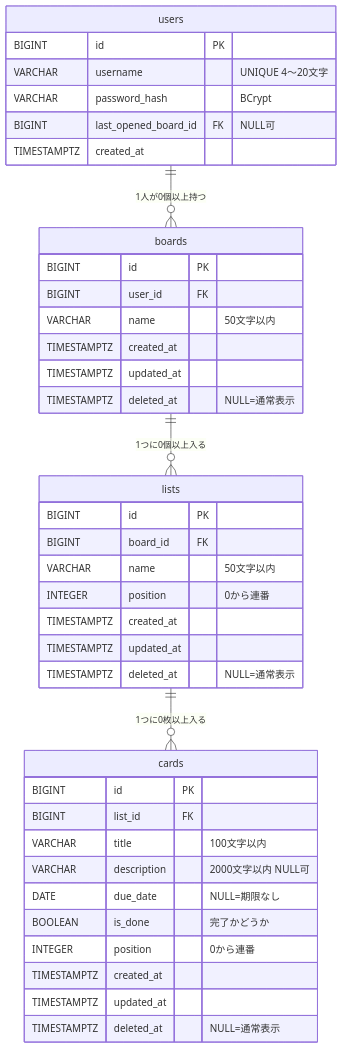
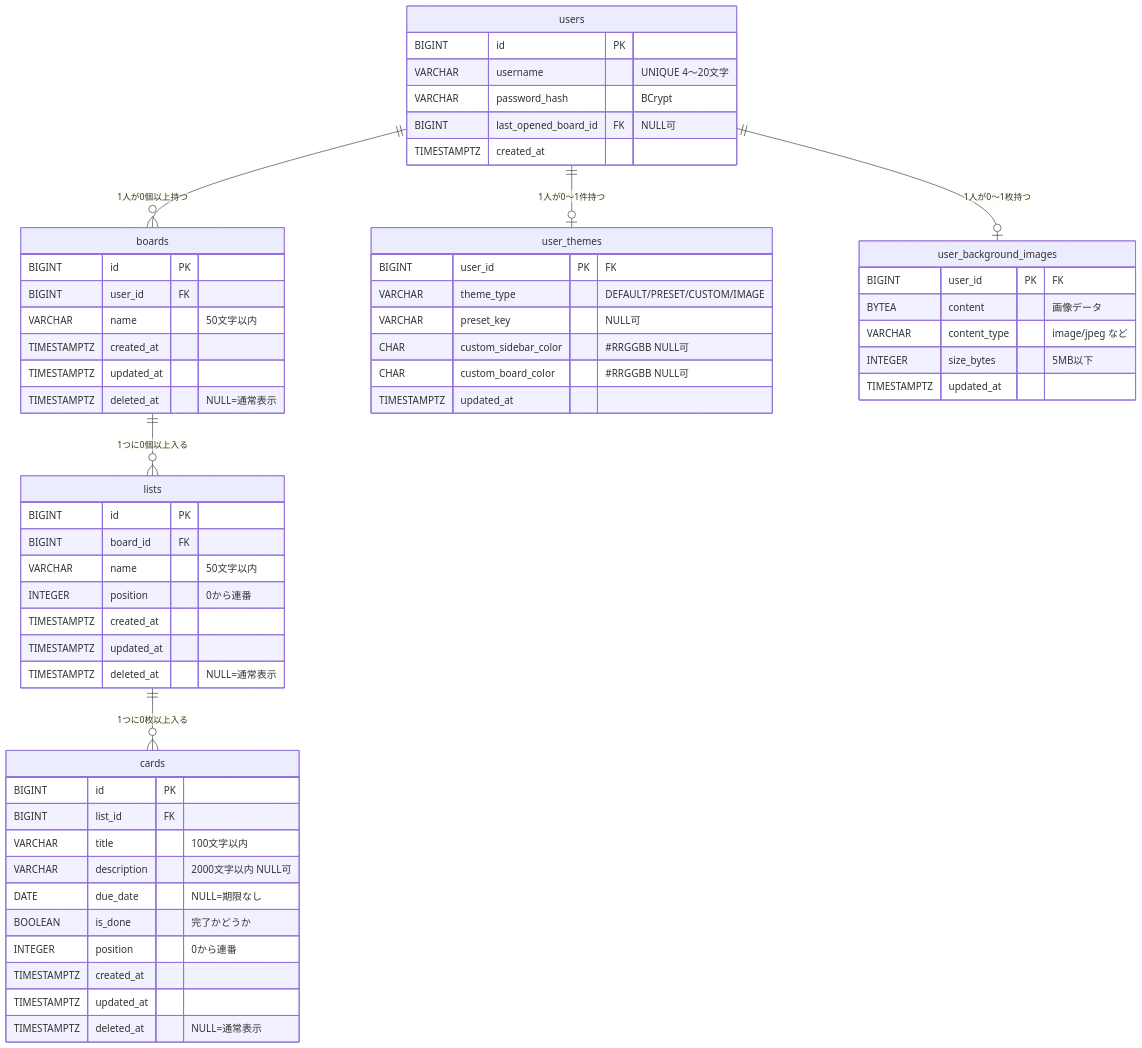
Before and after one commit to major182/TaskManegementTool: the diagram in docs/03_db-design.md, drawn with Mermaid. The commit also changed other lines of this file and 3 other files, not shown here.

````diff
--- a/docs/03_db-design.md
+++ b/docs/03_db-design.md
@@ -61,43 +61,60 @@
 ```mermaid
 erDiagram
     users ||--o{ boards : "1人が0個以上持つ"
     boards ||--o{ lists : "1つに0個以上入る"
     lists ||--o{ cards : "1つに0枚以上入る"
+    users ||--o| user_themes : "1人が0〜1件持つ"
+    users ||--o| user_background_images : "1人が0〜1枚持つ"
 
     users {
         BIGINT id PK
         VARCHAR username "UNIQUE 4〜20文字"
         VARCHAR password_hash "BCrypt"
         BIGINT last_opened_board_id FK "NULL可"
         TIMESTAMPTZ created_at
     }
     boards {
         BIGINT id PK
         BIGINT user_id FK
         VARCHAR name "50文字以内"
         TIMESTAMPTZ created_at
         TIMESTAMPTZ updated_at
         TIMESTAMPTZ deleted_at "NULL=通常表示"
     }
     lists {
         BIGINT id PK
         BIGINT board_id FK
         VARCHAR name "50文字以内"
         INTEGER position "0から連番"
         TIMESTAMPTZ created_at
         TIMESTAMPTZ updated_at
         TIMESTAMPTZ deleted_at "NULL=通常表示"
     }
     cards {
         BIGINT id PK
         BIGINT list_id FK
         VARCHAR title "100文字以内"
         VARCHAR description "2000文字以内 NULL可"
         DATE due_date "NULL=期限なし"
         BOOLEAN is_done "完了かどうか"
         INTEGER position "0から連番"
         TIMESTAMPTZ created_at
         TIMESTAMPTZ updated_at
         TIMESTAMPTZ deleted_at "NULL=通常表示"
     }
+    user_themes {
+        BIGINT user_id PK "FK"
+        VARCHAR theme_type "DEFAULT/PRESET/CUSTOM/IMAGE"
+        VARCHAR preset_key "NULL可"
+        CHAR custom_sidebar_color "#RRGGBB NULL可"
+        CHAR custom_board_color "#RRGGBB NULL可"
+        TIMESTAMPTZ updated_at
+    }
+    user_background_images {
+        BIGINT user_id PK "FK"
+        BYTEA content "画像データ"
+        VARCHAR content_type "image/jpeg など"
+        INTEGER size_bytes "5MB以下"
+        TIMESTAMPTZ updated_at
+    }
 ```
````
